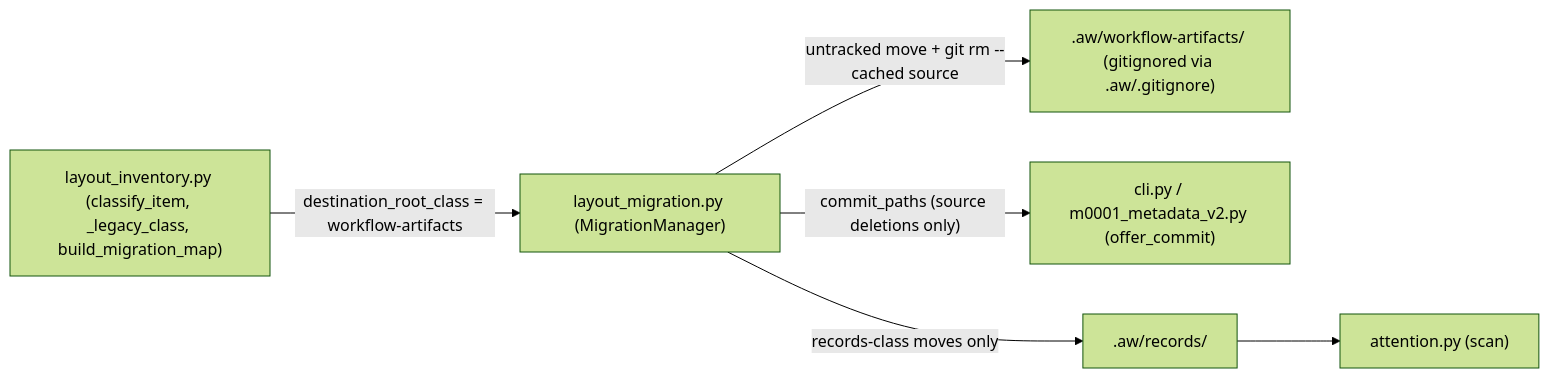
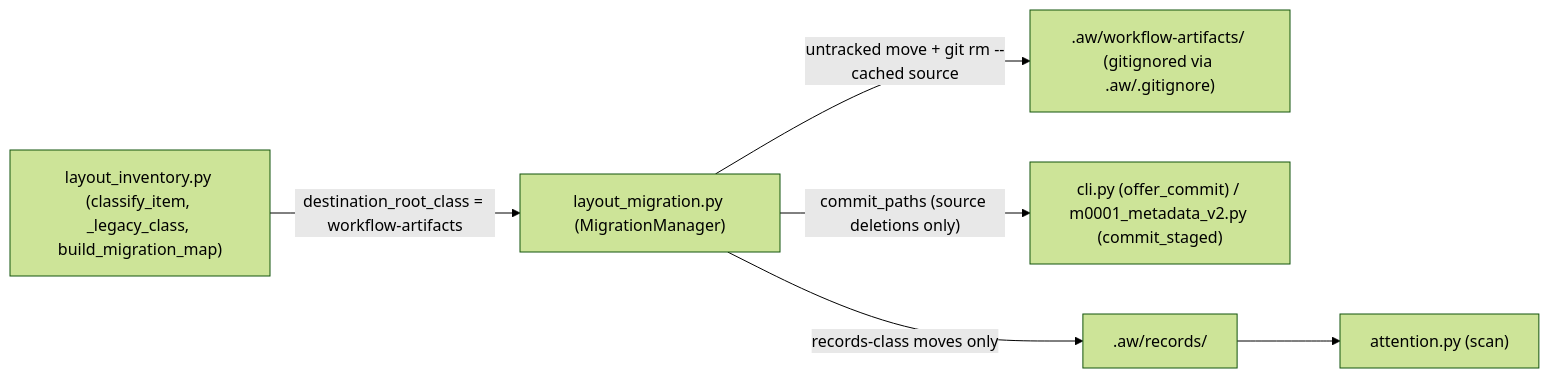
The first of 2 diagrams in .aw/records/plans/pending/20261121-2biutm-01-0hdqbw-route-legacy-workflow-artifacts-to-aw-workflow-artifacts-in.ipd.md (fariello/agent-workflows), drawn with Mermaid (forest theme) before and after one commit. The commit also changed other lines of this file and 1 other file, not shown here.

````diff
--- a/.aw/records/plans/pending/20261121-2biutm-01-0hdqbw-route-legacy-workflow-artifacts-to-aw-workflow-artifacts-in.ipd.md
+++ b/.aw/records/plans/pending/20261121-2biutm-01-0hdqbw-route-legacy-workflow-artifacts-to-aw-workflow-artifacts-in.ipd.md
@@ -110,8 +114,8 @@
 ```mermaid
 flowchart LR
     INV["layout_inventory.py (classify_item, _legacy_class, build_migration_map)"] -->|"destination_root_class = workflow-artifacts"| MIG["layout_migration.py (MigrationManager)"]
     MIG -->|"untracked move + git rm --cached source"| FS[".aw/workflow-artifacts/ (gitignored via .aw/.gitignore)"]
-    MIG -->|"commit_paths (source deletions only)"| CLI["cli.py / m0001_metadata_v2.py (offer_commit)"]
+    MIG -->|"commit_paths (source deletions only)"| CLI["cli.py (offer_commit) / m0001_metadata_v2.py (commit_staged)"]
     MIG -->|"records-class moves only"| REC[".aw/records/"]
     REC --> ATT["attention.py (scan)"]
 ```
````
